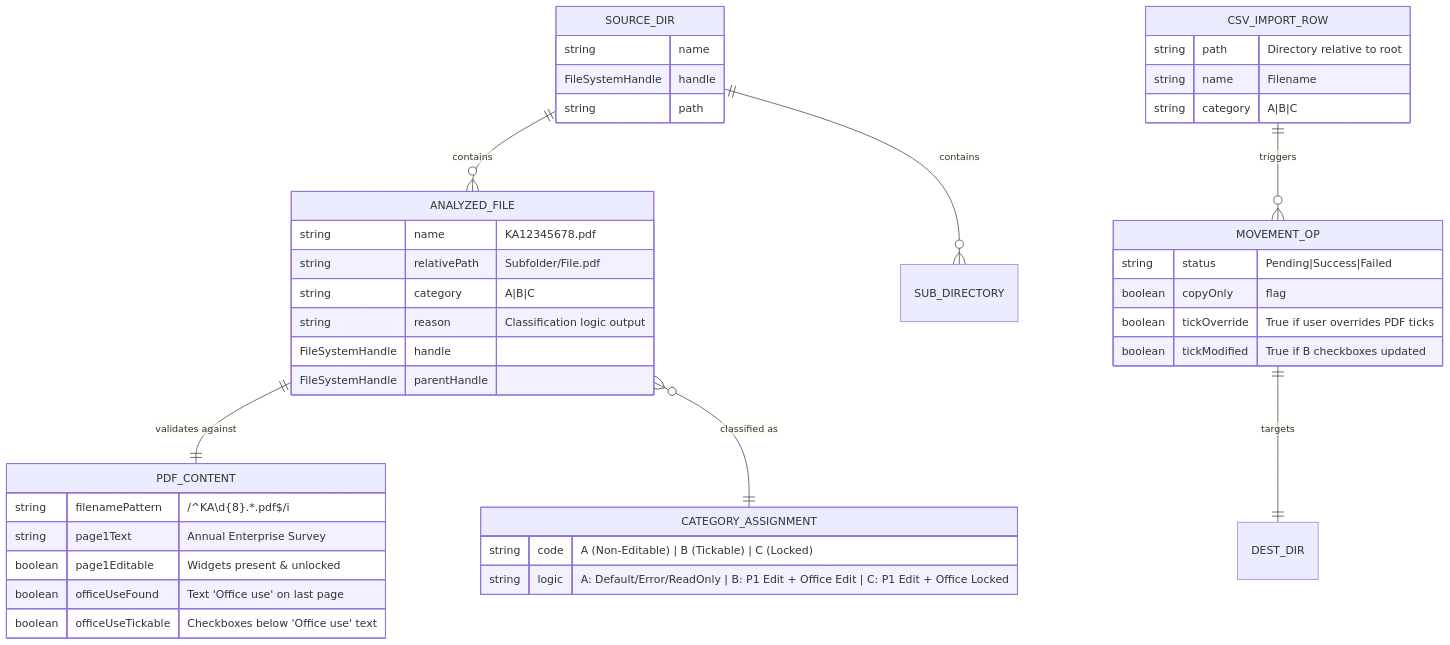
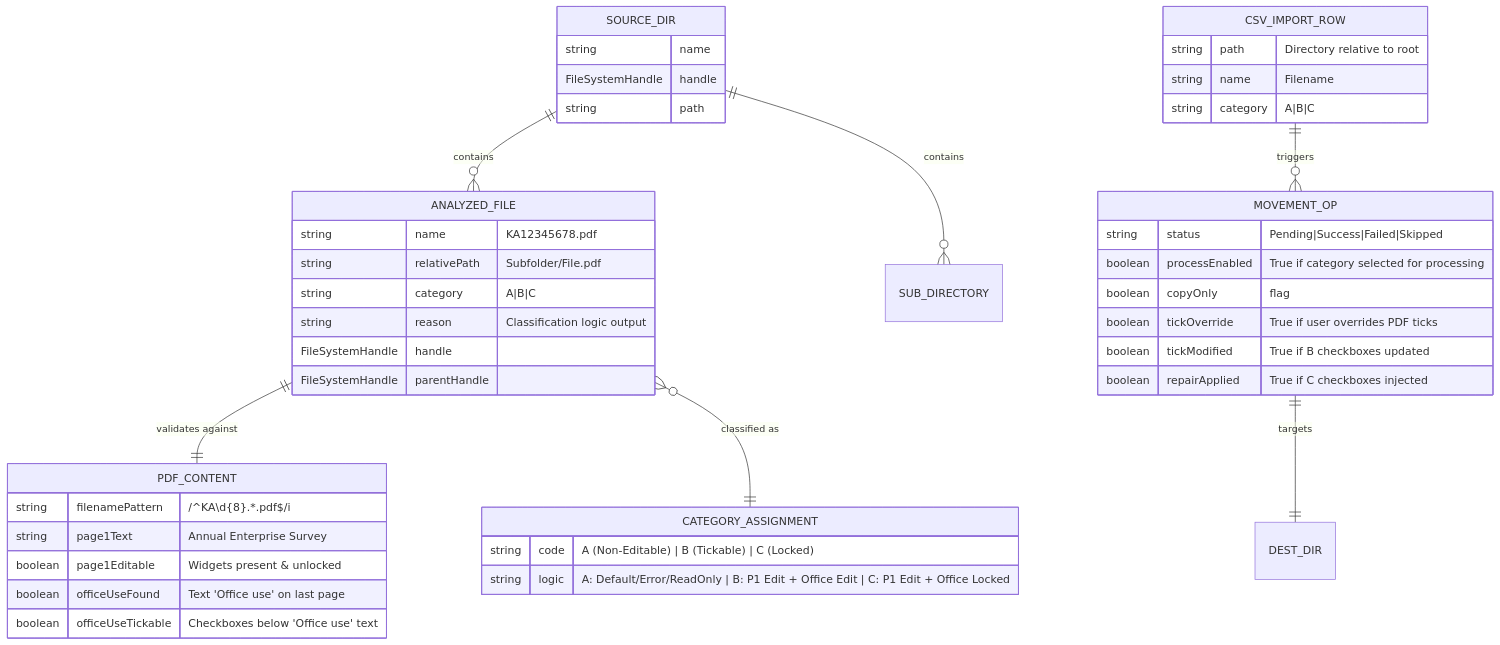
One commit to kerry-davis/form-name-matcher changed the first of 3 diagrams in DATA_MODEL.md. Above: the diagram before and after it, drawn with Mermaid. The commit also changed other lines of this file and 1 other file, not shown here.

First line of the commit message:
fix: Only create output folders for categories selected for processing and docs: Update DATA_MODEL.md with recent feature changes

````diff
--- a/DATA_MODEL.md
+++ b/DATA_MODEL.md
@@ -9,50 +9,52 @@
 ```mermaid
 erDiagram
   SOURCE_DIR ||--o{ ANALYZED_FILE : "contains"
   SOURCE_DIR ||--o{ SUB_DIRECTORY : "contains"
   ANALYZED_FILE ||--|| PDF_CONTENT : "validates against"
   ANALYZED_FILE }o--|| CATEGORY_ASSIGNMENT : "classified as"
   CSV_IMPORT_ROW ||--o{ MOVEMENT_OP : "triggers"
   MOVEMENT_OP ||--|| DEST_DIR : "targets"
 
   SOURCE_DIR {
     string name
     FileSystemHandle handle
     string path
   }
 
   ANALYZED_FILE {
     string name            "KA12345678.pdf"
     string relativePath    "Subfolder/File.pdf"
     string category        "A|B|C"
     string reason          "Classification logic output"
     FileSystemHandle handle
     FileSystemHandle parentHandle
   }
 
   PDF_CONTENT {
     string filenamePattern "/^KA\d{8}.*\.pdf$/i"
     string page1Text       "Annual Enterprise Survey"
     boolean page1Editable  "Widgets present & unlocked"
     boolean officeUseFound "Text 'Office use' on last page"
     boolean officeUseTickable "Checkboxes below 'Office use' text"
   }
 
   CATEGORY_ASSIGNMENT {
     string code "A (Non-Editable) | B (Tickable) | C (Locked)"
     string logic "A: Default/Error/ReadOnly | B: P1 Edit + Office Edit | C: P1 Edit + Office Locked"
   }
 
   CSV_IMPORT_ROW {
     string path "Directory relative to root"
     string name "Filename"
     string category "A|B|C"
   }
 
   MOVEMENT_OP {
-    string status "Pending|Success|Failed"
+    string status "Pending|Success|Failed|Skipped"
+    boolean processEnabled "True if category selected for processing"
     boolean copyOnly "flag"
     boolean tickOverride "True if user overrides PDF ticks"
     boolean tickModified "True if B checkboxes updated"
+    boolean repairApplied "True if C checkboxes injected"
   }
 ```
````
